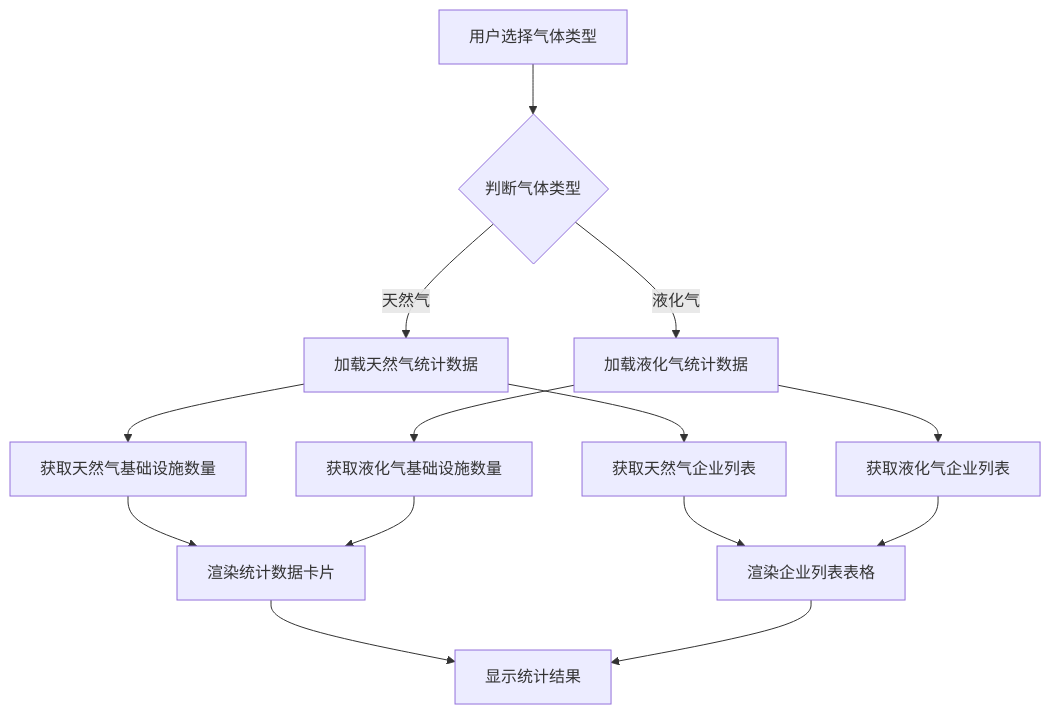
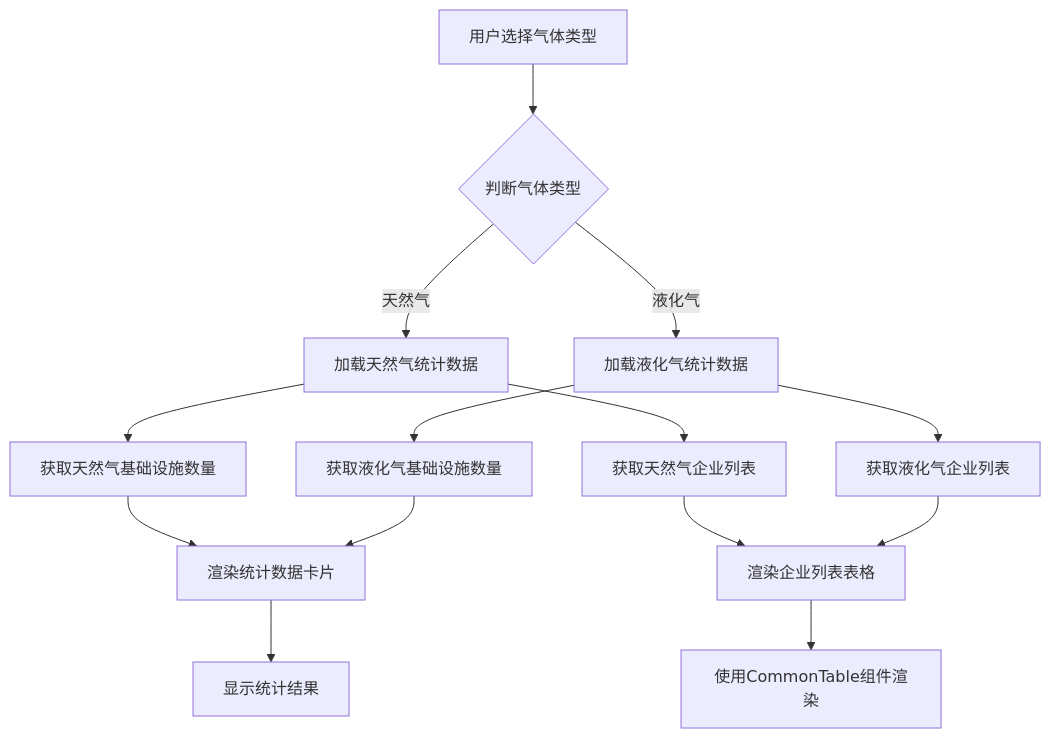
The second of 8 diagrams in .qoder/repowiki/zh/content/专项监测模块/燃气监测模块/燃气监测模块.md (zhibo1997/government-dashboard), drawn with Mermaid before and after one commit. The commit also changed other lines of this file and 28 other files, not shown here.

````diff
--- a/.qoder/repowiki/zh/content/专项监测模块/燃气监测模块/燃气监测模块.md
+++ b/.qoder/repowiki/zh/content/专项监测模块/燃气监测模块/燃气监测模块.md
@@ -102,16 +111,16 @@
 ```mermaid
 flowchart TD
 A[用户选择气体类型] --> B{判断气体类型}
 B --> |天然气| C[加载天然气统计数据]
 B --> |液化气| D[加载液化气统计数据]
 C --> E[获取天然气基础设施数量]
 C --> F[获取天然气企业列表]
 D --> G[获取液化气基础设施数量]
 D --> H[获取液化气企业列表]
 E --> I[渲染统计数据卡片]
 F --> J[渲染企业列表表格]
 G --> I
 H --> J
 I --> K[显示统计结果]
-J --> K
+J --> L[使用CommonTable组件渲染]
 ```
````
